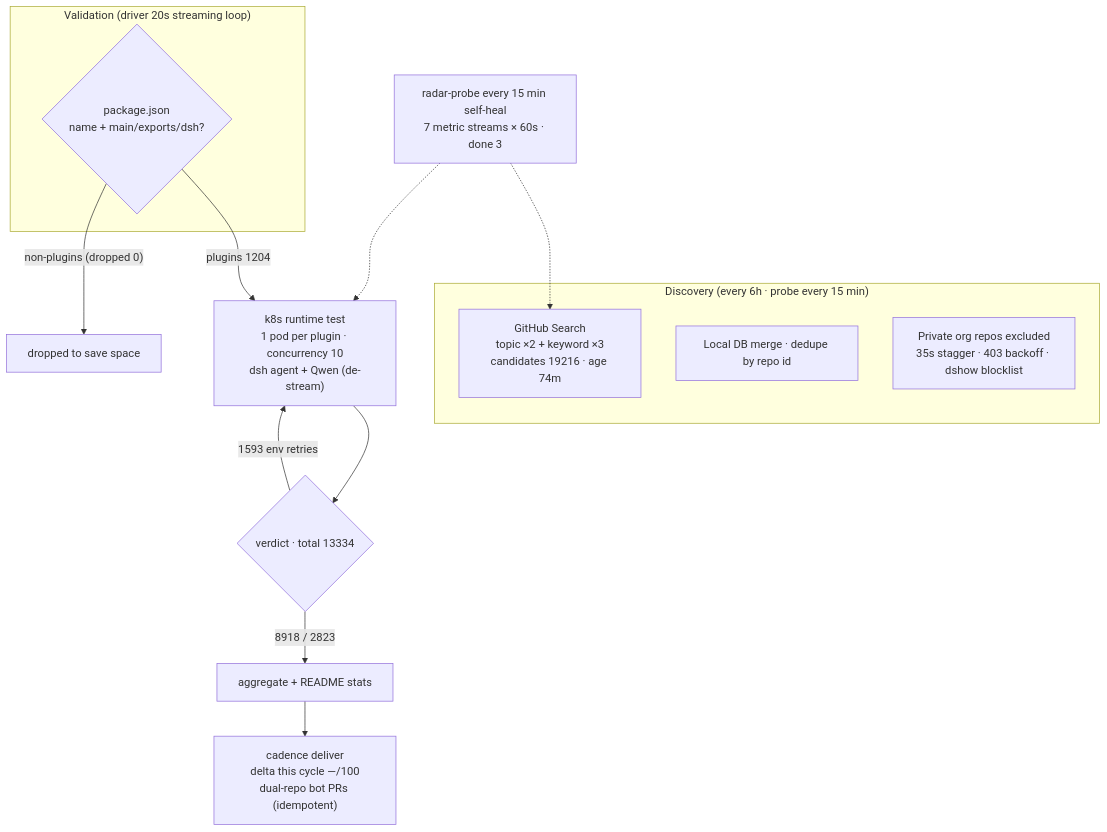
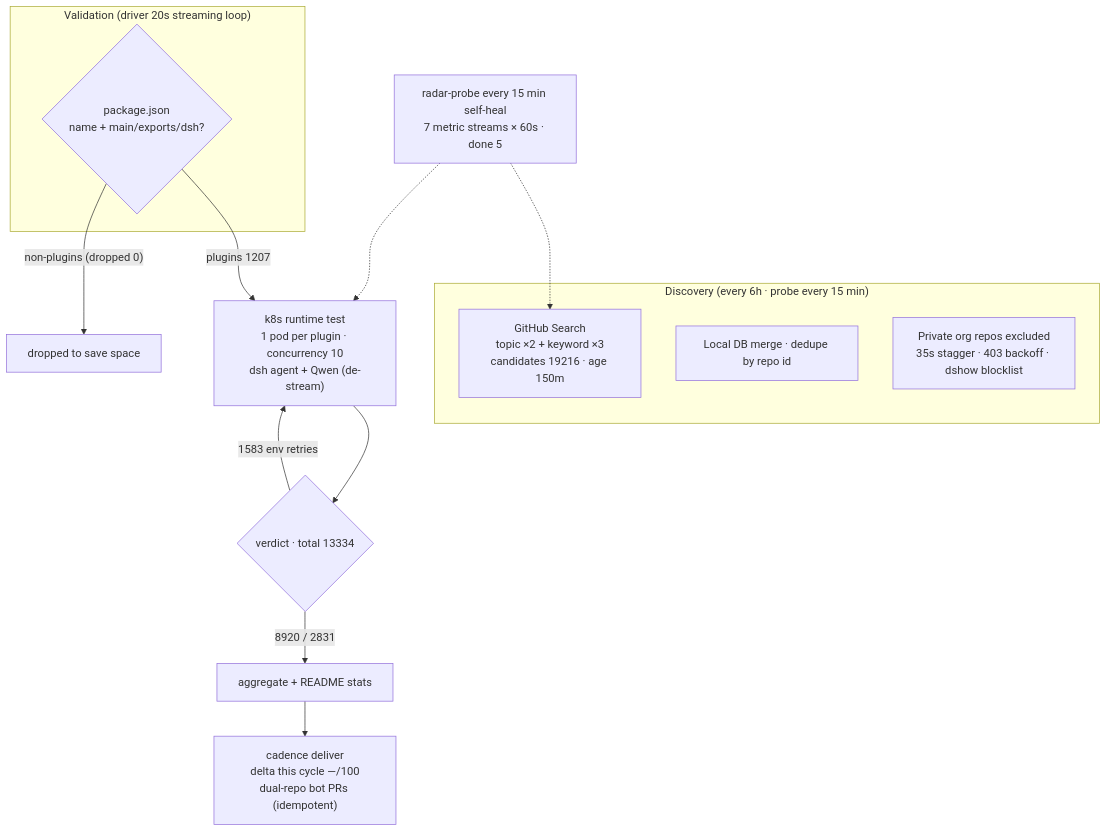
One commit to AdamPlatin123/dsh-plugin-radar changed the diagram in README.en-US.md. Above: the diagram before and after it, drawn with Mermaid. The commit also changed other lines of this file and 10 other files, not shown here.

````diff
--- a/README.en-US.md
+++ b/README.en-US.md
@@ -45,20 +45,20 @@
 ```mermaid
 flowchart TB
     subgraph Discovery["Discovery (every 6h · probe every 15 min)"]
-        A1["GitHub Search<br/>topic ×2 + keyword ×3<br/>candidates 19216 · age 74m"]
+        A1["GitHub Search<br/>topic ×2 + keyword ×3<br/>candidates 19216 · age 150m"]
         A2["Local DB merge · dedupe by repo id"]
         A3["Private org repos excluded<br/>35s stagger · 403 backoff · dshow blocklist"]
     end
     subgraph Validation["Validation (driver 20s streaming loop)"]
         B1{"package.json<br/>name + main/exports/dsh?"}
     end
-    B1 -->|"plugins 1204"| C1["k8s runtime test<br/>1 pod per plugin · concurrency 10<br/>dsh agent + Qwen (de-stream)"]
+    B1 -->|"plugins 1207"| C1["k8s runtime test<br/>1 pod per plugin · concurrency 10<br/>dsh agent + Qwen (de-stream)"]
     B1 -->|"non-plugins (dropped 0)"| B3["dropped to save space"]
     C1 --> D1{"verdict · total 13334"}
-    D1 -->|"8918 / 2823"| E1["aggregate + README stats"]
-    D1 -->|"1593 env retries"| C1
+    D1 -->|"8920 / 2831"| E1["aggregate + README stats"]
+    D1 -->|"1583 env retries"| C1
     E1 --> E2["cadence deliver<br/>delta this cycle —/100<br/>dual-repo bot PRs (idempotent)"]
-    M["radar-probe every 15 min self-heal<br/>7 metric streams × 60s · done 3"]
+    M["radar-probe every 15 min self-heal<br/>7 metric streams × 60s · done 5"]
     M -.-> A1
     M -.-> C1
 ```
````
